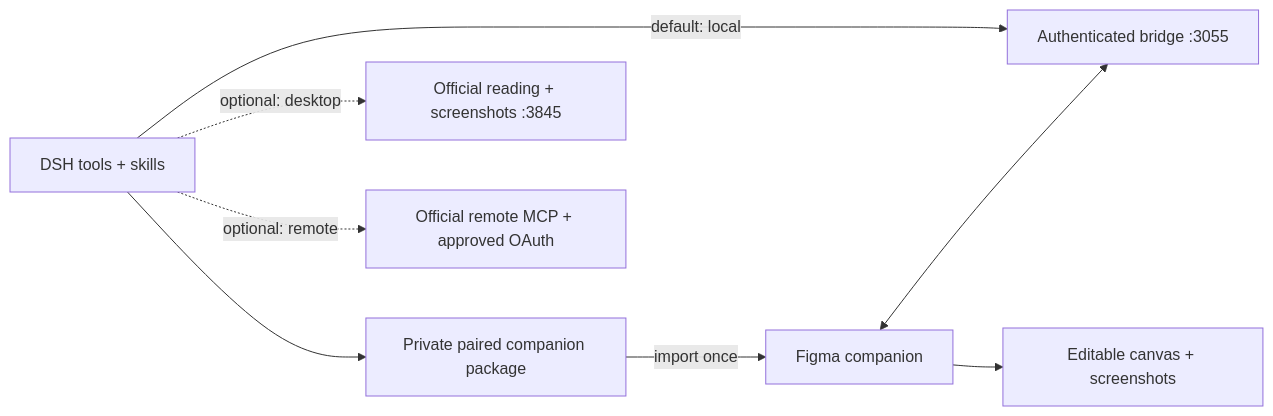
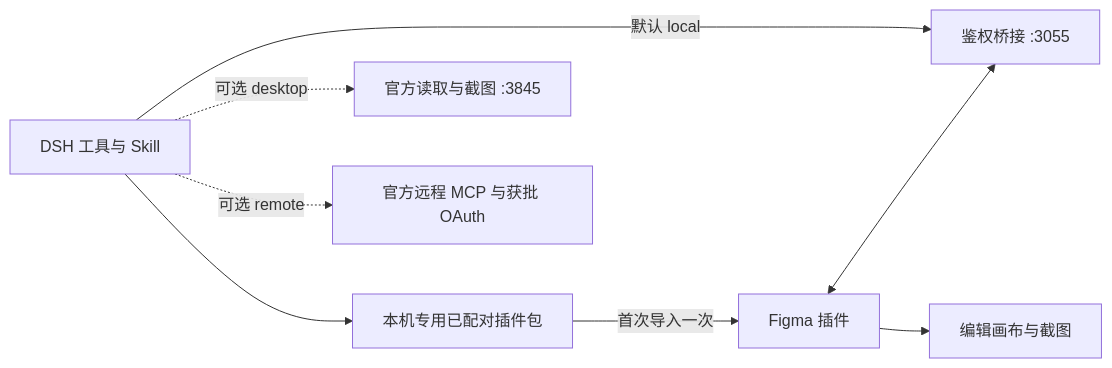
One commit to Duoasa/DSH-to-Figma changed the diagram in README.md. Above: the diagram before and after it, drawn with Mermaid. The commit also changed other lines of this file and 5 other files, not shown here.

````diff
--- a/README.md
+++ b/README.md
@@ -104,10 +104,10 @@
 ```mermaid
 flowchart LR
-    A[DSH tools + skills] -->|default: local| B[Authenticated bridge :3055]
-    A --> C[Private paired companion package]
-    C -->|import once| D[Figma companion]
+    A[DSH 工具与 Skill] -->|默认 local| B[鉴权桥接 :3055]
+    A --> C[本机专用已配对插件包]
+    C -->|首次导入一次| D[Figma 插件]
     D <--> B
-    D --> E[Editable canvas + screenshots]
-    A -. optional: desktop .-> F[Official reading + screenshots :3845]
-    A -. optional: remote .-> G[Official remote MCP + approved OAuth]
+    D --> E[编辑画布与截图]
+    A -. 可选 desktop .-> F[官方读取与截图 :3845]
+    A -. 可选 remote .-> G[官方远程 MCP 与获批 OAuth]
 ```
````
